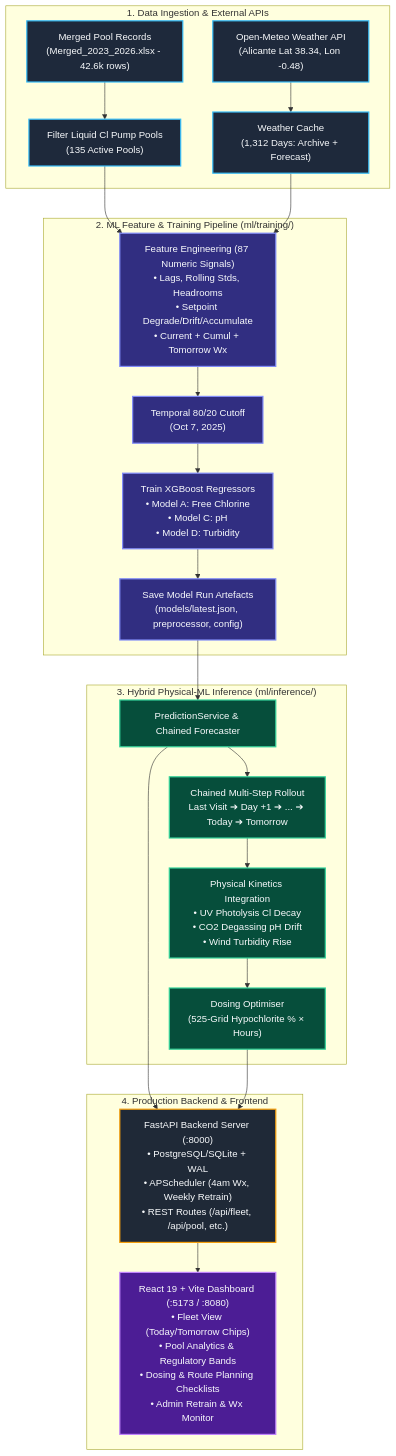
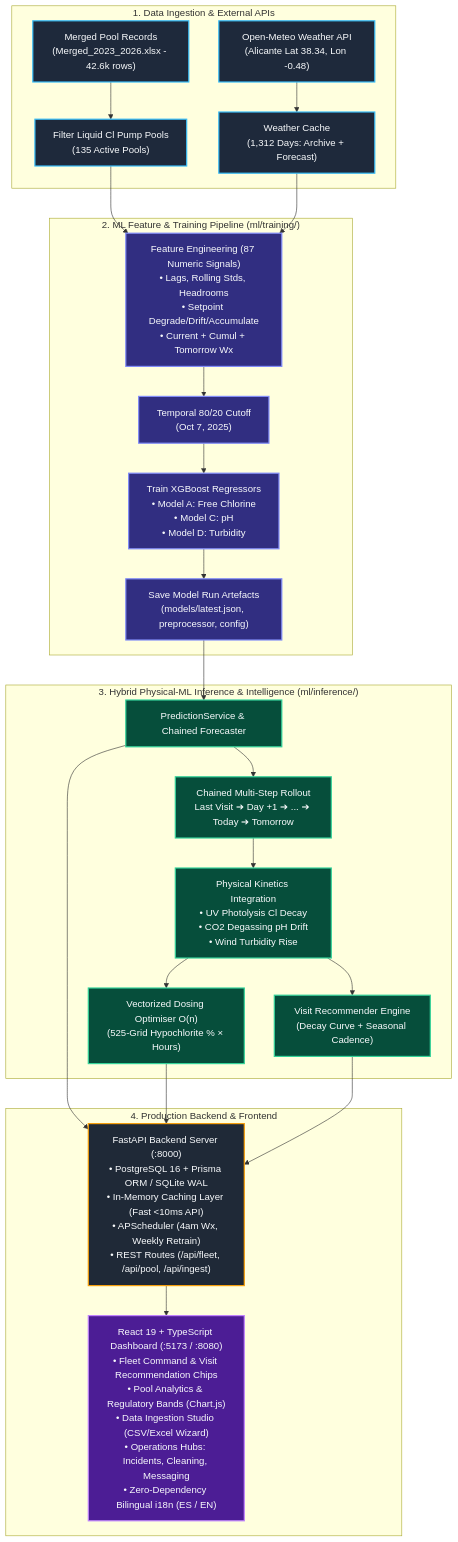
One commit to Imad-81/pool-maintenance changed the diagram in README.md. Above: the diagram before and after it, drawn with Mermaid. The commit also changed other lines of this file and 9 other files, not shown here.

````diff
--- a/README.md
+++ b/README.md
@@ -95,38 +96,39 @@
 ```mermaid
 graph TD
     classDef source fill:#1e293b,stroke:#38bdf8,stroke-width:2px,color:#f8fafc;
     classDef ml fill:#312e81,stroke:#818cf8,stroke-width:2px,color:#f8fafc;
     classDef physics fill:#064e3b,stroke:#34d399,stroke-width:2px,color:#f8fafc;
     classDef backend fill:#1f2937,stroke:#f59e0b,stroke-width:2px,color:#f8fafc;
     classDef frontend fill:#4c1d95,stroke:#c084fc,stroke-width:2px,color:#f8fafc;
 
     subgraph Data_Sources ["1. Data Ingestion & External APIs"]
         RAW["Merged Pool Records<br>(Merged_2023_2026.xlsx - 42.6k rows)"] --> FILT["Filter Liquid Cl Pump Pools<br>(135 Active Pools)"]
         WX_API["Open-Meteo Weather API<br>(Alicante Lat 38.34, Lon -0.48)"] --> WX_CACHE["Weather Cache<br>(1,312 Days: Archive + Forecast)"]
     end
 
     subgraph ML_Training ["2. ML Feature & Training Pipeline (ml/training/)"]
         FILT & WX_CACHE --> FEAT["Feature Engineering (87 Numeric Signals)<br>• Lags, Rolling Stds, Headrooms<br>• Setpoint Degrade/Drift/Accumulate<br>• Current + Cumul + Tomorrow Wx"]
         FEAT --> SPLIT["Temporal 80/20 Cutoff<br>(Oct 7, 2025)"]
         SPLIT --> TRAIN["Train XGBoost Regressors<br>• Model A: Free Chlorine<br>• Model C: pH<br>• Model D: Turbidity"]
         TRAIN --> ARTIFACTS["Save Model Run Artefacts<br>(models/latest.json, preprocessor, config)"]
     end
 
-    subgraph Inference_Engine ["3. Hybrid Physical-ML Inference (ml/inference/)"]
+    subgraph Inference_Engine ["3. Hybrid Physical-ML Inference & Intelligence (ml/inference/)"]
         ARTIFACTS --> INF["PredictionService & Chained Forecaster"]
         INF --> CHAIN["Chained Multi-Step Rollout<br>Last Visit ➔ Day +1 ➔ ... ➔ Today ➔ Tomorrow"]
         CHAIN --> KINETICS["Physical Kinetics Integration<br>• UV Photolysis Cl Decay<br>• CO2 Degassing pH Drift<br>• Wind Turbidity Rise"]
-        KINETICS --> OPT["Dosing Optimiser<br>(525-Grid Hypochlorite % × Hours)"]
+        KINETICS --> VISIT["Visit Recommender Engine<br>(Decay Curve + Seasonal Cadence)"]
+        KINETICS --> OPT["Vectorized Dosing Optimiser O(n)<br>(525-Grid Hypochlorite % × Hours)"]
     end
 
     subgraph Production_Stack ["4. Production Backend & Frontend"]
-        INF & OPT --> API["FastAPI Backend Server (:8000)<br>• PostgreSQL/SQLite + WAL<br>• APScheduler (4am Wx, Weekly Retrain)<br>• REST Routes (/api/fleet, /api/pool, etc.)"]
-        API --> UI["React 19 + Vite Dashboard (:5173 / :8080)<br>• Fleet View (Today/Tomorrow Chips)<br>• Pool Analytics & Regulatory Bands<br>• Dosing & Route Planning Checklists<br>• Admin Retrain & Wx Monitor"]
+        INF & OPT & VISIT --> API["FastAPI Backend Server (:8000)<br>• PostgreSQL 16 + Prisma ORM / SQLite WAL<br>• In-Memory Caching Layer (Fast <10ms API)<br>• APScheduler (4am Wx, Weekly Retrain)<br>• REST Routes (/api/fleet, /api/pool, /api/ingest)"]
+        API --> UI["React 19 + TypeScript Dashboard (:5173 / :8080)<br>• Fleet Command & Visit Recommendation Chips<br>• Pool Analytics & Regulatory Bands (Chart.js)<br>• Data Ingestion Studio (CSV/Excel Wizard)<br>• Operations Hubs: Incidents, Cleaning, Messaging<br>• Zero-Dependency Bilingual i18n (ES / EN)"]
     end
 
     class RAW,FILT,WX_API,WX_CACHE source;
     class FEAT,SPLIT,TRAIN,ARTIFACTS ml;
-    class INF,CHAIN,KINETICS,OPT physics;
+    class INF,CHAIN,KINETICS,VISIT,OPT physics;
     class API backend;
     class UI frontend;
 ```
````
